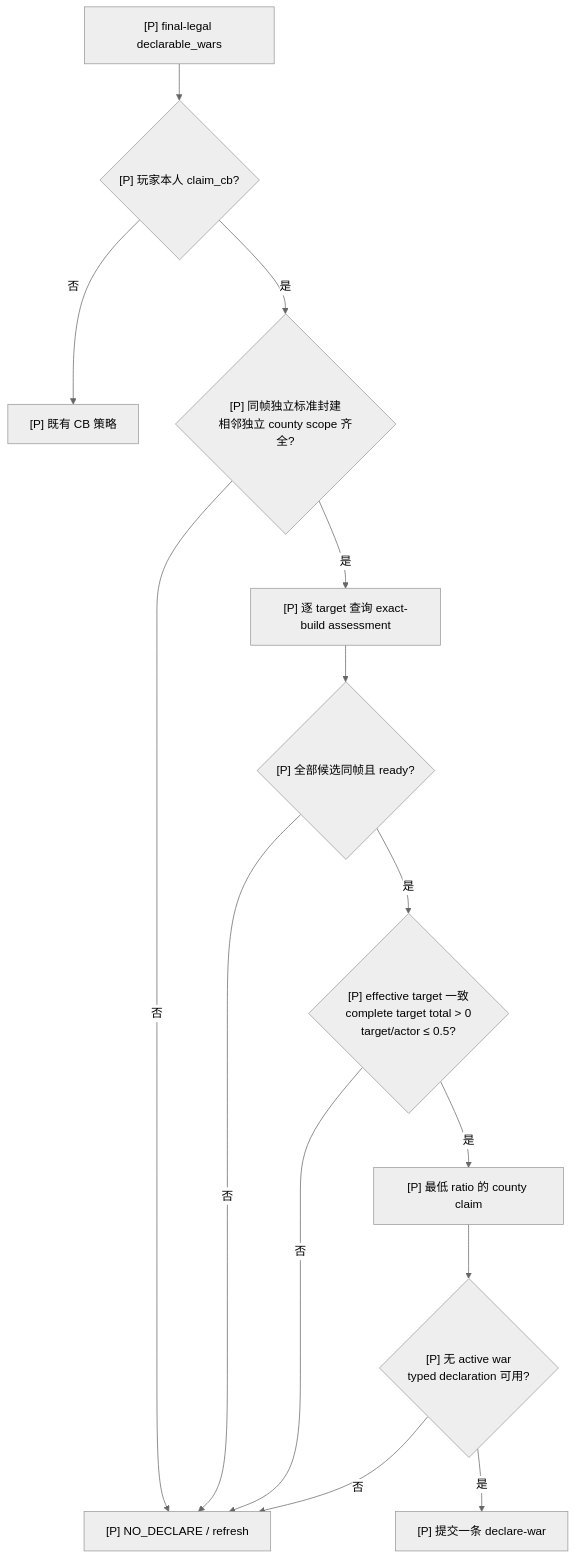
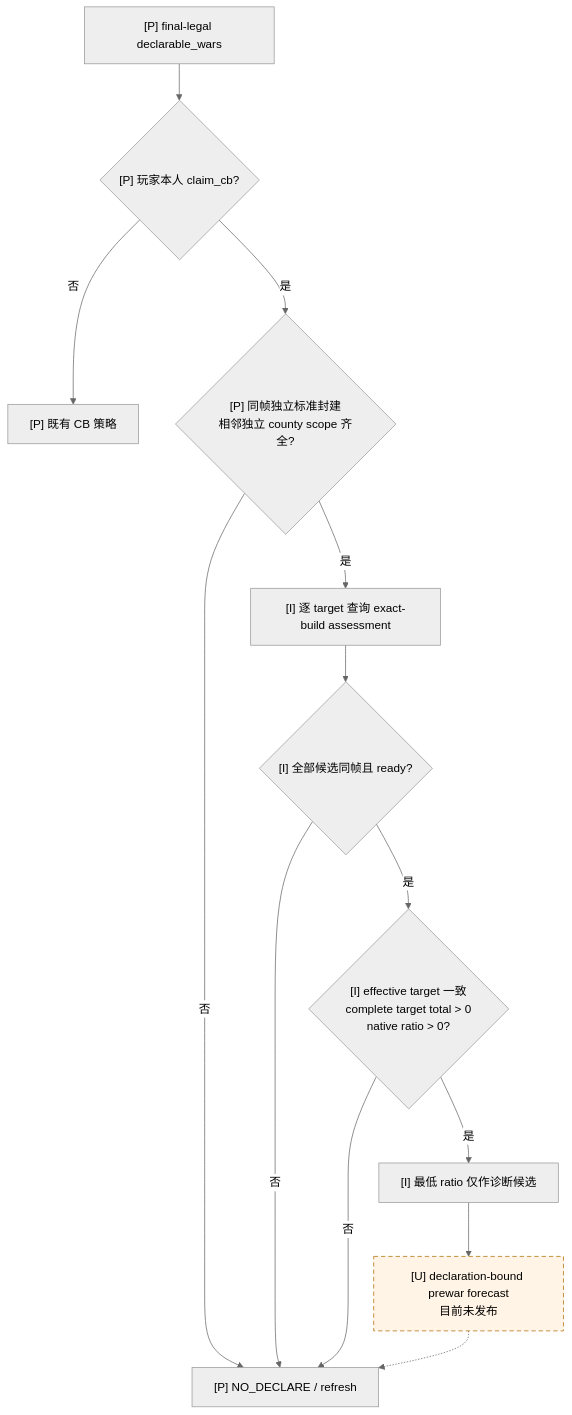
One commit to XenoAmess/ck3_eternal_recurrence changed the fifth of 5 diagrams in docs/ck3-native-ai/player-war-entry-policy.md. Above: the diagram before and after it, drawn with Mermaid (neutral theme). The commit also changed other lines of this file and 3 other files, not shown here.

Commit message:
WAR-DECLARE-FORECAST-B1 defer war declaration until prewar forecast

````diff
--- a/docs/ck3-native-ai/player-war-entry-policy.md
+++ b/docs/ck3-native-ai/player-war-entry-policy.md
@@ -278,16 +279,17 @@
 ```mermaid
 flowchart TD
     D["[P] final-legal declarable_wars"] --> C{"[P] 玩家本人 claim_cb?"}
     C -- 否 --> O["[P] 既有 CB 策略"]
     C -- 是 --> R{"[P] 同帧独立标准封建<br/>相邻独立 county scope 齐全?"}
     R -- 否 --> N["[P] NO_DECLARE / refresh"]
-    R -- 是 --> Q["[P] 逐 target 查询 exact-build assessment"]
-    Q --> A{"[P] 全部候选同帧且 ready?"}
+    R -- 是 --> Q["[I] 逐 target 查询 exact-build assessment"]
+    Q --> A{"[I] 全部候选同帧且 ready?"}
     A -- 否 --> N
-    A -- 是 --> G{"[P] effective target 一致<br/>complete target total > 0<br/>target/actor ≤ 0.5?"}
+    A -- 是 --> G{"[I] effective target 一致<br/>complete target total > 0<br/>native ratio > 0?"}
     G -- 否 --> N
-    G -- 是 --> S["[P] 最低 ratio 的 county claim"]
-    S --> T{"[P] 无 active war<br/>typed declaration 可用?"}
-    T -- 否 --> N
-    T -- 是 --> X["[P] 提交一条 declare-war"]
+    G -- 是 --> S["[I] 最低 ratio 仅作诊断候选"]
+    S --> U["[U] declaration-bound prewar forecast<br/>目前未发布"]
+    U -.-> N
+    classDef unknown stroke-dasharray: 6 4,fill:#fff4e5,stroke:#b36b00;
+    class U unknown;
 ```
````
